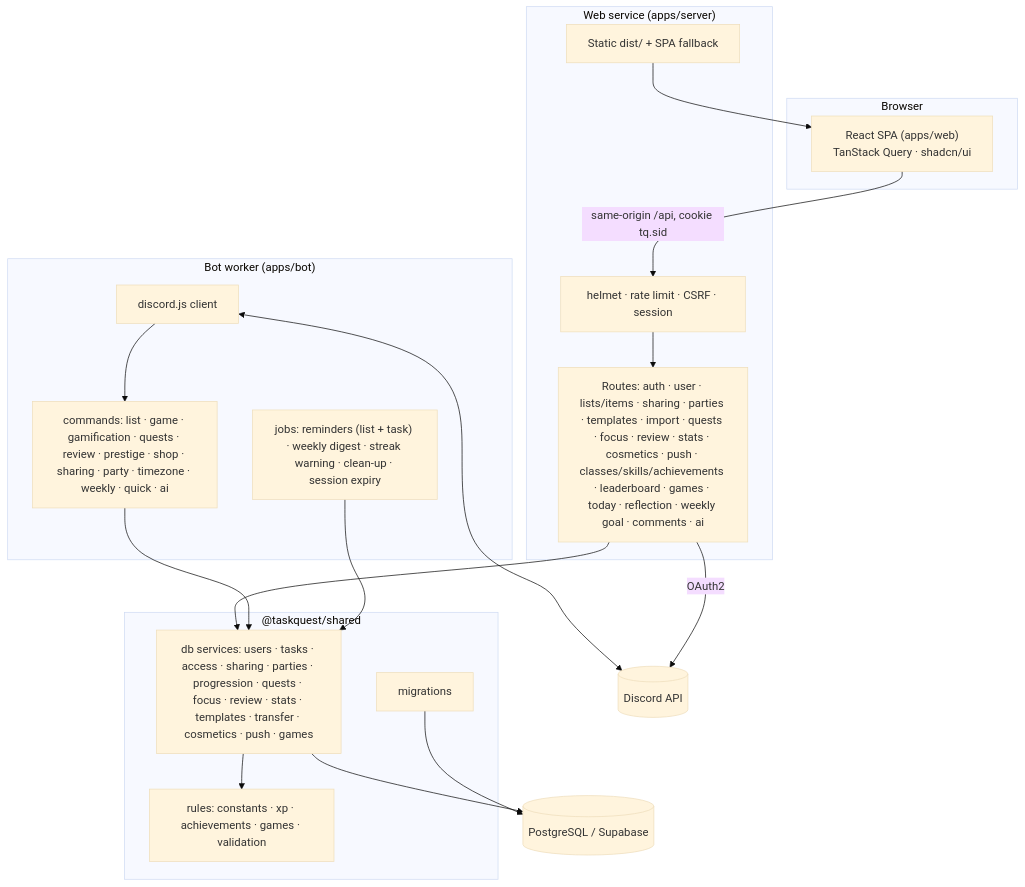
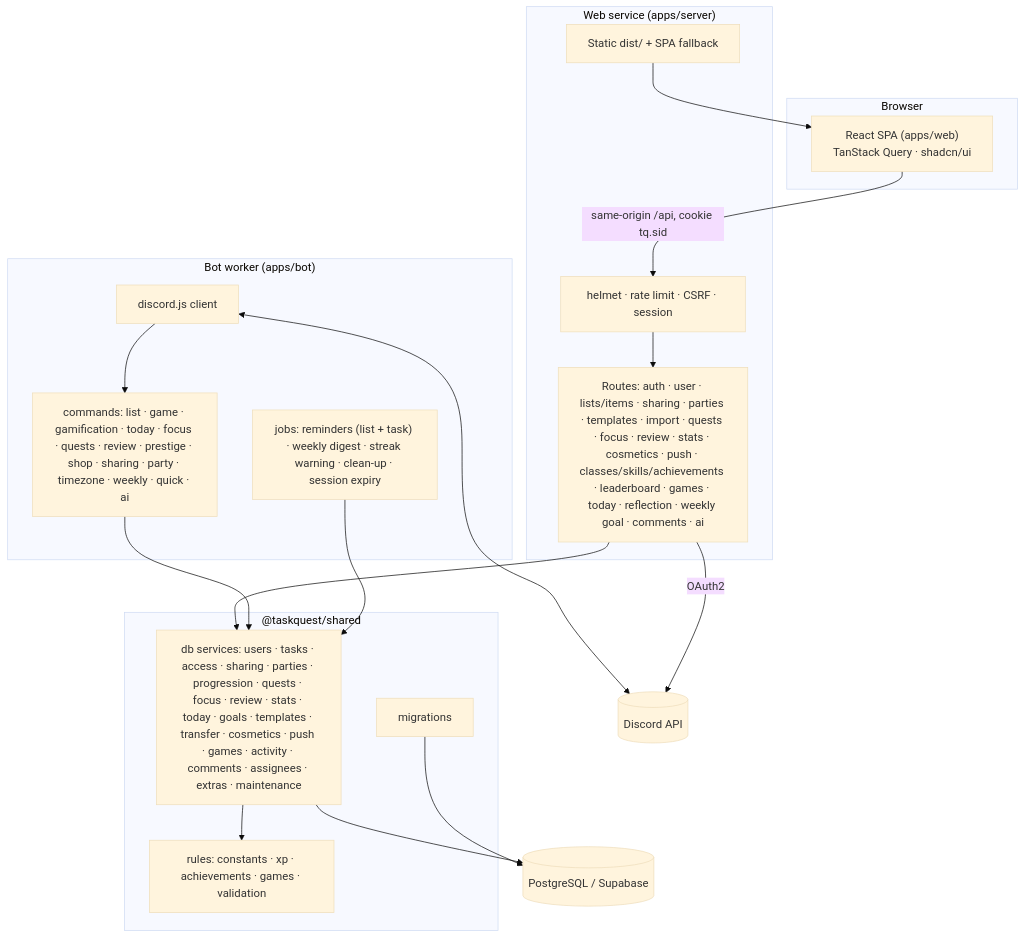
Before and after one commit to Mist10148/TaskQuest-Application: the first of 2 diagrams in docs/ARCHITECTURE.md, drawn with Mermaid (base theme). The commit also changed other lines of this file and 1 other file, not shown here.

Commit message:
docs: /today and /focus in the bot README and ARCHITECTURE, and the full list of db services

````diff
--- a/docs/ARCHITECTURE.md
+++ b/docs/ARCHITECTURE.md
@@ -23,33 +23,33 @@
 ```mermaid
 flowchart TB
     subgraph Browser
         SPA["React SPA (apps/web)<br/>TanStack Query · shadcn/ui"]
     end
     subgraph "Web service (apps/server)"
         MW["helmet · rate limit · CSRF · session"]
         R["Routes: auth · user · lists/items · sharing · parties · templates · import · quests · focus · review · stats · cosmetics · push · classes/skills/achievements · leaderboard · games · today · reflection · weekly goal · comments · ai"]
         STATIC["Static dist/ + SPA fallback"]
     end
     subgraph "Bot worker (apps/bot)"
         GW["discord.js client"]
-        CMD["commands: list · game · gamification · quests · review · prestige · shop · sharing · party · timezone · weekly · quick · ai"]
+        CMD["commands: list · game · gamification · today · focus · quests · review · prestige · shop · sharing · party · timezone · weekly · quick · ai"]
         JOBS["jobs: reminders (list + task) · weekly digest · streak warning · clean-up · session expiry"]
     end
     subgraph "@taskquest/shared"
         RULES["rules: constants · xp · achievements · games · validation"]
-        SVC["db services: users · tasks · access · sharing · parties · progression · quests · focus · review · stats · templates · transfer · cosmetics · push · games"]
+        SVC["db services: users · tasks · access · sharing · parties · progression · quests · focus · review · stats · today · goals · templates · transfer · cosmetics · push · games · activity · comments · assignees · extras · maintenance"]
         MIG["migrations"]
     end
     DB[(PostgreSQL / Supabase)]
     DISCORD[(Discord API)]
 
     SPA -->|"same-origin /api, cookie tq.sid"| MW --> R --> SVC
     STATIC --> SPA
     GW <--> DISCORD
     GW --> CMD --> SVC
     JOBS --> SVC
     R -->|OAuth2| DISCORD
     SVC --> RULES
     SVC --> DB
     MIG --> DB
 ```
````
